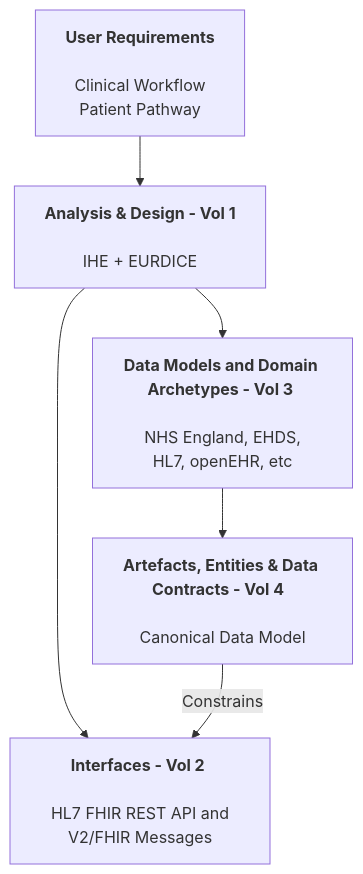
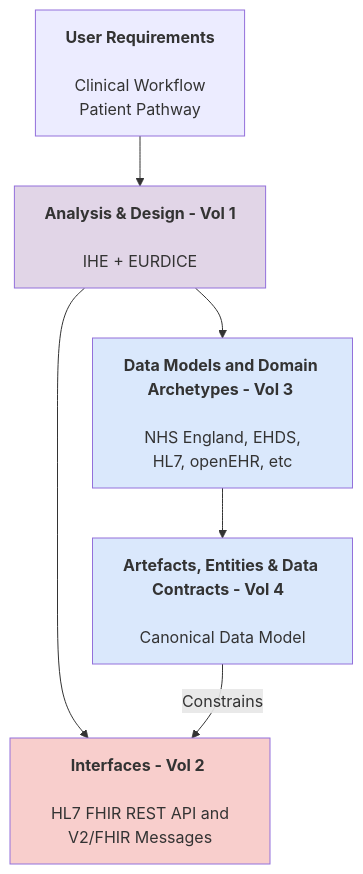
The diagram in input/pagecontent/index.md (nw-gmsa/nw-gmsa.github.com), drawn with Mermaid before and after one commit. The commit also changed other lines of this file, not shown here.

````diff
--- a/input/pagecontent/index.md
+++ b/input/pagecontent/index.md
@@ -39,15 +25,23 @@
 ```mermaid
 graph TD 
 
 User[<b>User Requirements</b> <br/><br/> Clinical Workflow<br/>Patient Pathway]
 IHE[<b>Analysis & Design - Vol 1</b> <br/><br/>IHE + EURDICE]
 HL7[<b>Interfaces - Vol 2</b> <br/><br/> HL7 FHIR REST API and V2/FHIR Messages]
 Data[<b>Data Models and Domain Archetypes - Vol 3</b> <br/><br/> NHS England, EHDS, HL7, openEHR, etc]
 Artefacts[<b>Artefacts, Entities & Data Contracts - Vol 4</b>  <br/><br/>Canonical Data Model] 
 
 User --> IHE
 IHE --> HL7
 IHE --> Data
 Data --> Artefacts
 Artefacts --> |Constrains| HL7
+
+    classDef pink fill:#F8CECC;
+    classDef blue fill:#DAE8FC;
+    classDef purple fill:#E1D5E7;
+
+    class Data,Artefacts blue;
+    class HL7 pink;
+    class IHE purple;
 ```
````
